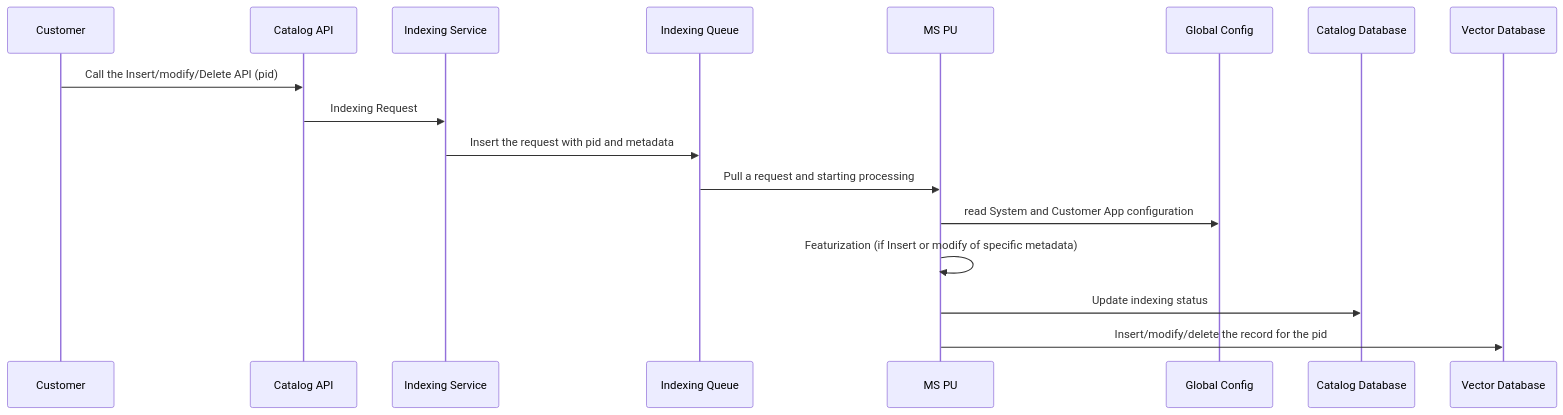
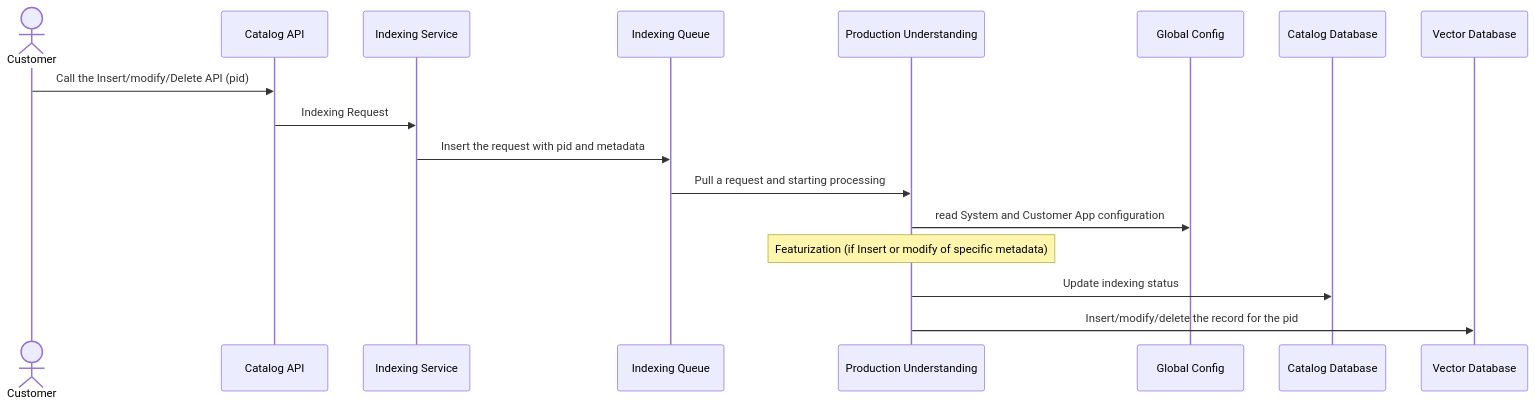
One commit to zchangvs/diagram changed the diagram in Ingest_data_via_API.md. Above: the diagram before and after it, drawn with Mermaid.

````diff
--- a/Ingest_data_via_API.md
+++ b/Ingest_data_via_API.md
@@ -1,11 +1,12 @@
 ```mermaid
 sequenceDiagram
+    Actor Customer
     Customer->> Catalog API: Call the Insert/modify/Delete API (pid)
     Catalog API ->> Indexing Service: Indexing Request
     Indexing Service ->> Indexing Queue: Insert the request with pid and metadata
-    Indexing Queue ->>  MS PU: Pull a request and starting processing
-    MS PU ->> Global Config: read System and Customer App configuration
-    MS PU ->> MS PU : Featurization (if Insert or modify of specific metadata)
-    MS PU ->> Catalog Database : Update indexing status
-    MS PU ->> Vector Database: Insert/modify/delete the record for the pid
+    Indexing Queue ->>  Production Understanding: Pull a request and starting processing
+    Production Understanding ->> Global Config: read System and Customer App configuration
+    Note over Production Understanding : Featurization (if Insert or modify of specific metadata)
+    Production Understanding ->> Catalog Database : Update indexing status
+    Production Understanding ->> Vector Database: Insert/modify/delete the record for the pid
 ```
````
